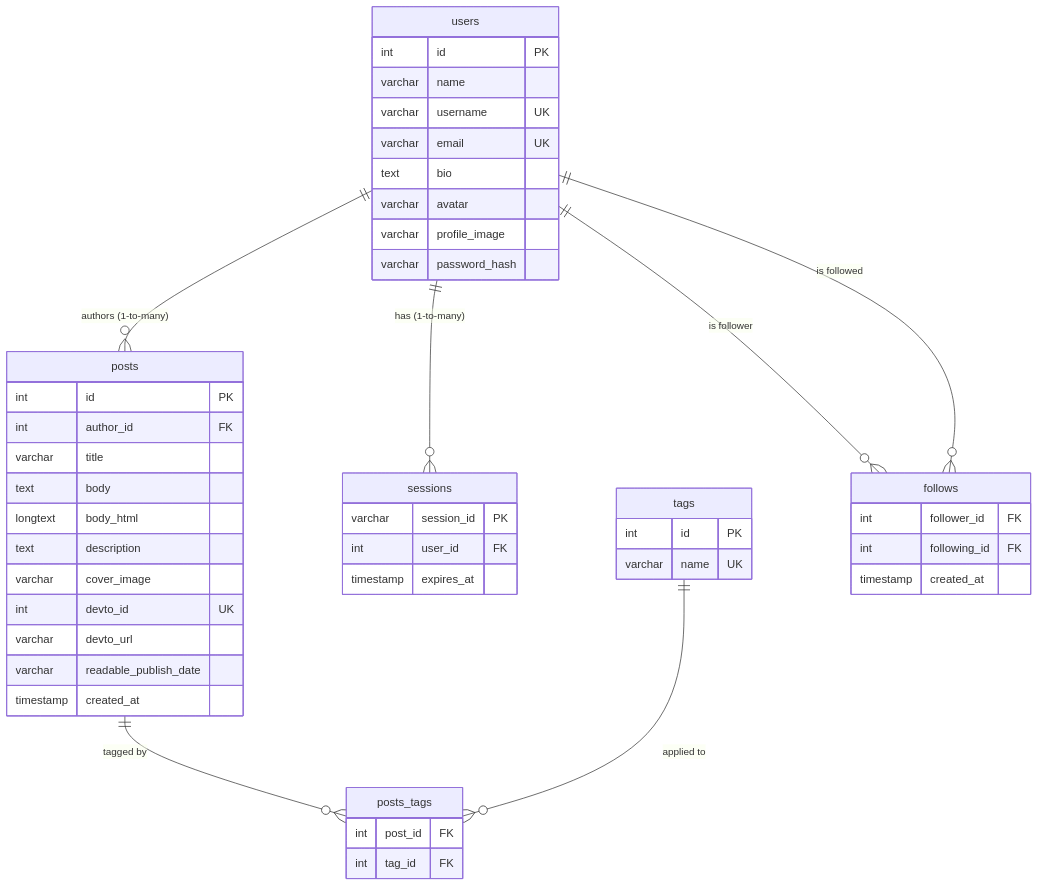
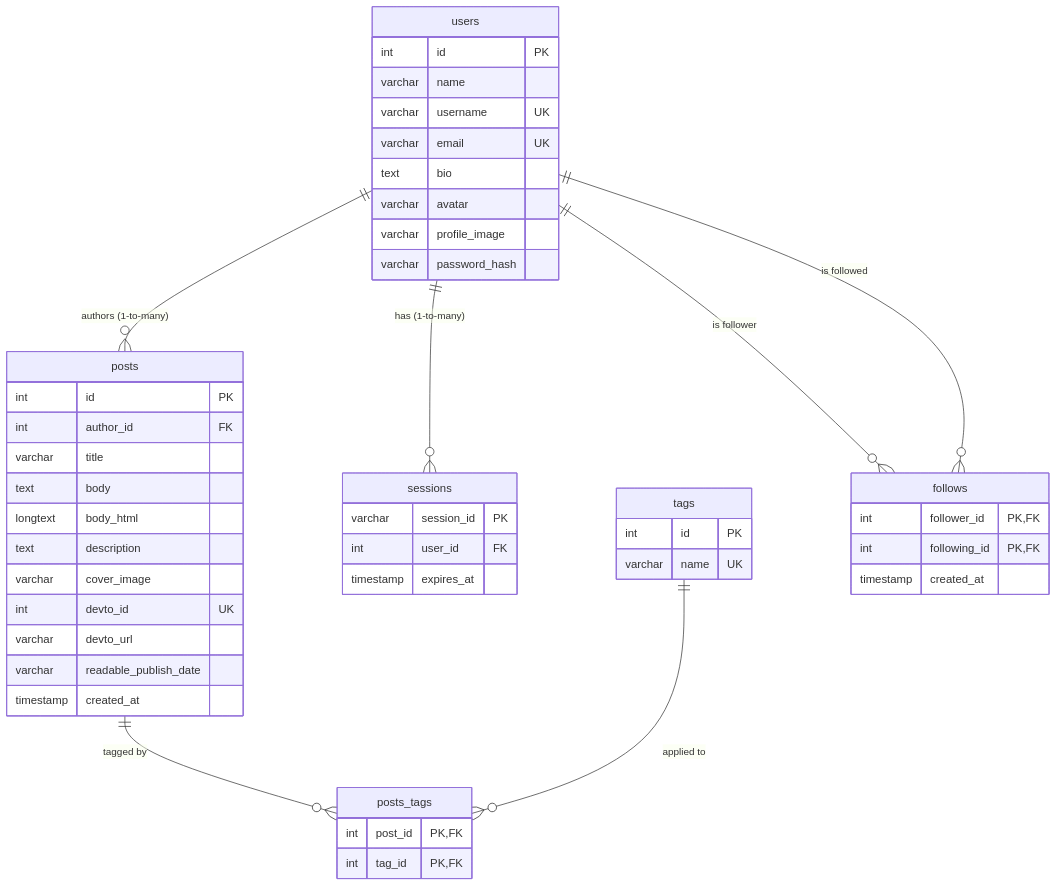
One commit to Nadav-Shalev/PulseNet changed the diagram in docs/db-diagram.mmd. Above: the diagram before and after it, drawn with Mermaid. The commit also changed 4 other files, not shown here.

First line of the commit message:
docs: commit the ERD image and mark composite keys in the diagram

```diff
--- a/docs/db-diagram.mmd
+++ b/docs/db-diagram.mmd
@@ -1,54 +1,54 @@
 erDiagram
     users      ||--o{ posts     : "authors (1-to-many)"
     users      ||--o{ sessions  : "has (1-to-many)"
     posts      ||--o{ posts_tags : "tagged by"
     tags       ||--o{ posts_tags : "applied to"
     users      ||--o{ follows   : "is follower"
     users      ||--o{ follows   : "is followed"
 
     users {
         int          id            PK
         varchar      name
         varchar      username      UK
         varchar      email         UK
         text         bio
         varchar      avatar
         varchar      profile_image
         varchar      password_hash
     }
 
     sessions {
         varchar   session_id  PK
         int       user_id     FK
         timestamp expires_at
     }
 
     posts {
         int       id                    PK
         int       author_id             FK
         varchar   title
         text      body
         longtext  body_html
         text      description
         varchar   cover_image
         int       devto_id              UK
         varchar   devto_url
         varchar   readable_publish_date
         timestamp created_at
     }
 
     tags {
         int     id    PK
         varchar name  UK
     }
 
     posts_tags {
-        int post_id FK
-        int tag_id  FK
+        int post_id PK, FK
+        int tag_id  PK, FK
     }
 
     follows {
-        int       follower_id  FK
-        int       following_id FK
+        int       follower_id  PK, FK
+        int       following_id PK, FK
         timestamp created_at
     }
```
